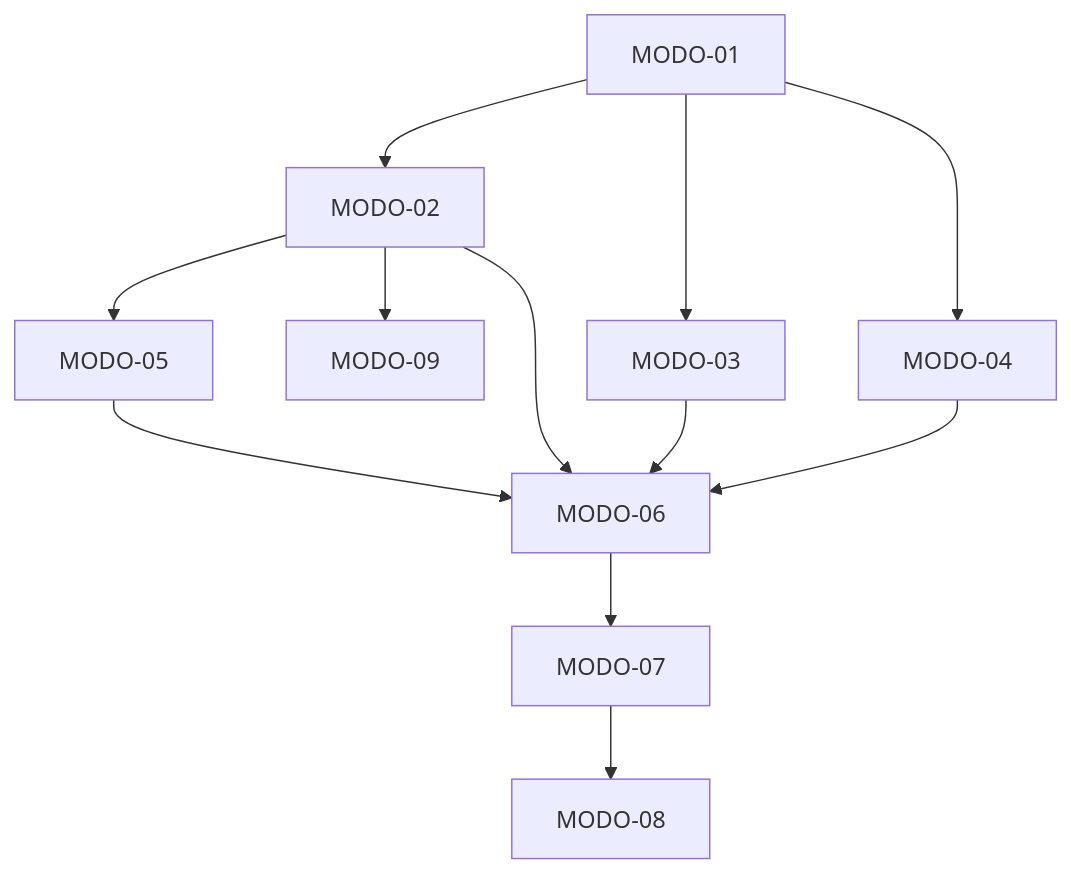
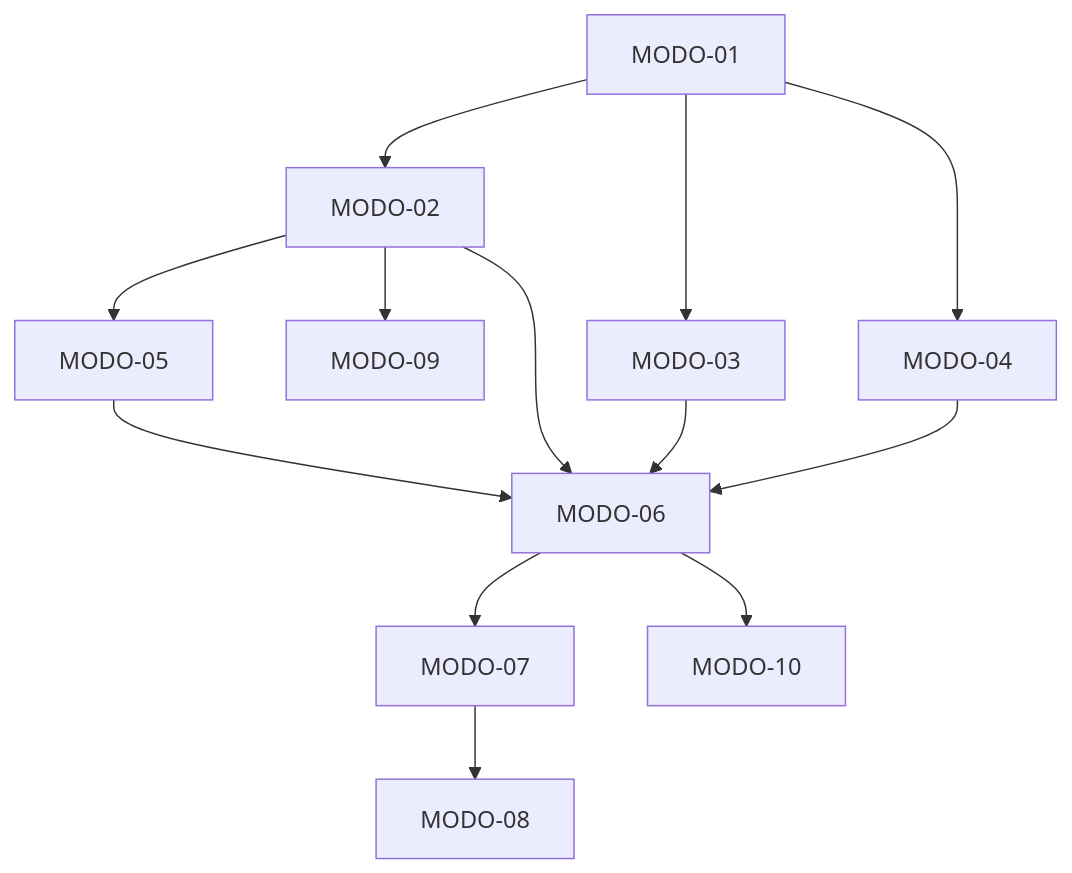
The diagram in .spec/backend/garantias-runtime-adr-001/TASKS.md (freitasjh/harness), drawn with Mermaid before and after one commit. The commit also changed other lines of this file and 3 other files, not shown here.

````diff
--- a/.spec/backend/garantias-runtime-adr-001/TASKS.md
+++ b/.spec/backend/garantias-runtime-adr-001/TASKS.md
@@ -22,14 +23,15 @@
 ```mermaid
 graph TD
     MODO-01 --> MODO-02
     MODO-01 --> MODO-03
     MODO-01 --> MODO-04
     MODO-02 --> MODO-05
     MODO-02 --> MODO-09
     MODO-02 --> MODO-06
     MODO-03 --> MODO-06
     MODO-04 --> MODO-06
     MODO-05 --> MODO-06
     MODO-06 --> MODO-07
     MODO-07 --> MODO-08
+    MODO-06 --> MODO-10
 ```
````
